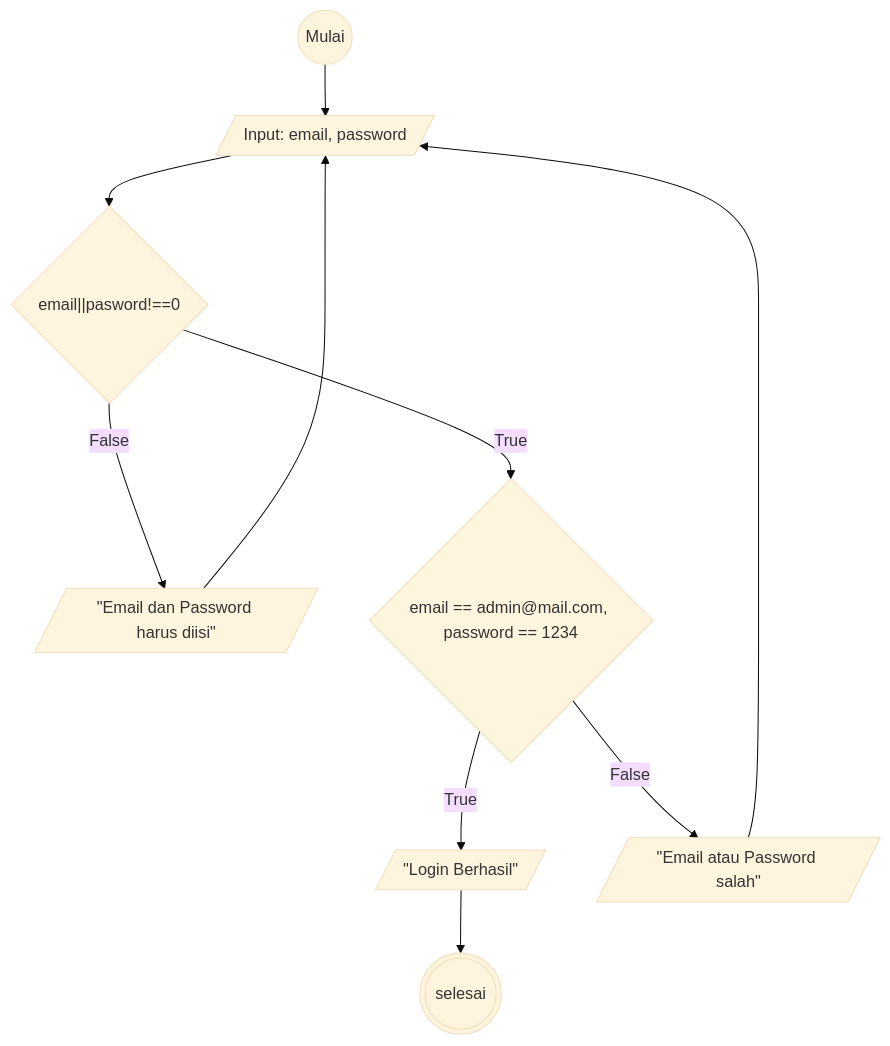
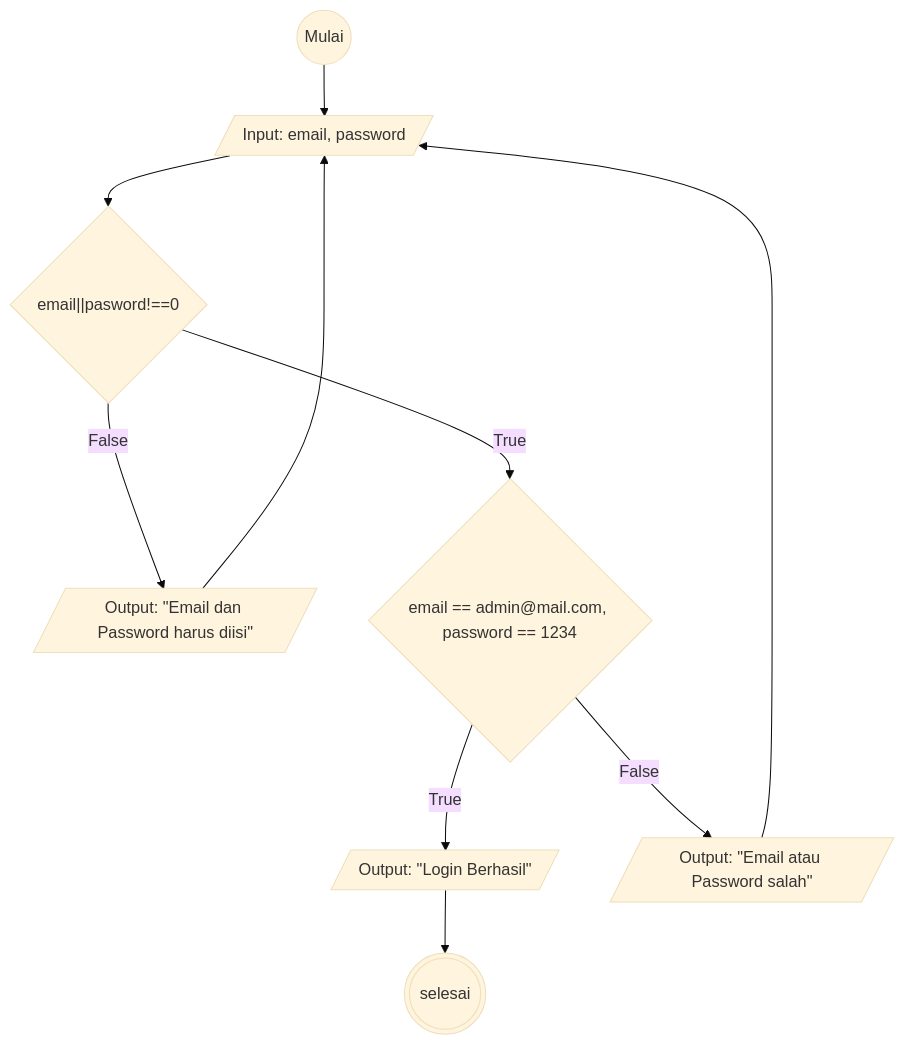
The diagram in flowchart-email-password.md (alhilalfathi/koda-b6-algoritma), drawn with Mermaid (base theme) before and after one commit.

````diff
--- a/flowchart-email-password.md
+++ b/flowchart-email-password.md
@@ -1,17 +1,17 @@
 ```mermaid
 flowchart TD
     mulai@{ shape: circle, label: "Mulai"}
     input@{ shape: lean-r, label: "Input: email, password"}
     if1@{ shape: diamond, label: "email||pasword!==0"}
-    flse1@{ shape: lean-r, label: "#quot;Email dan Password harus diisi#quot;"}
+    flse1@{ shape: lean-r, label: "Output: #quot;Email dan Password harus diisi#quot;"}
     true1@{ shape: diamond, label: "email == admin@mail.com, password == 1234"}
-    true2@{ shape: lean-r, label: "#quot;Login Berhasil#quot;"}
-    flse2@{ shape: lean-r, label: "#quot;Email atau Password salah#quot;"}
+    true2@{ shape: lean-r, label: "Output: #quot;Login Berhasil#quot;"}
+    flse2@{ shape: lean-r, label: "Output: #quot;Email atau Password salah#quot;"}
     selesai@{ shape: dbl-circ}
     
     mulai-->input-->if1
     if1--False-->flse1-->input
     if1--True-->true1--True-->true2-->selesai
     true1--False-->flse2-->input
     
 ```
````
